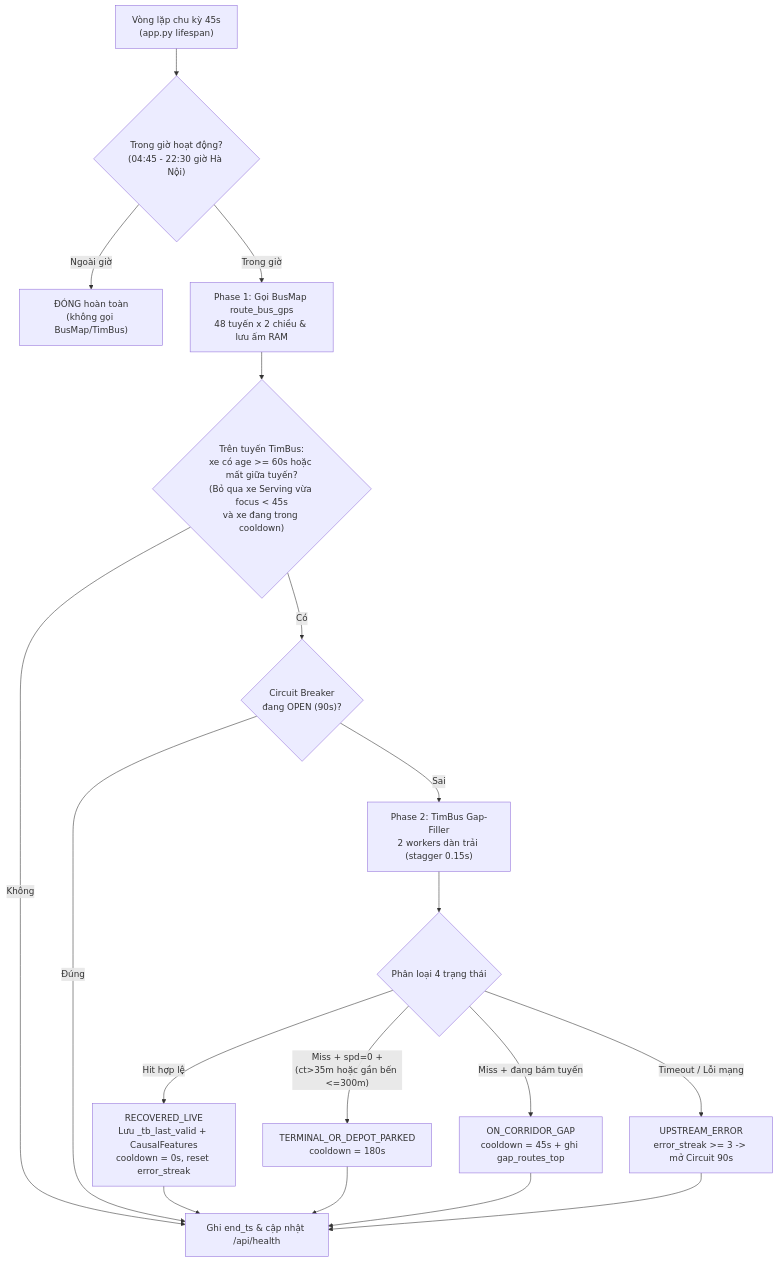
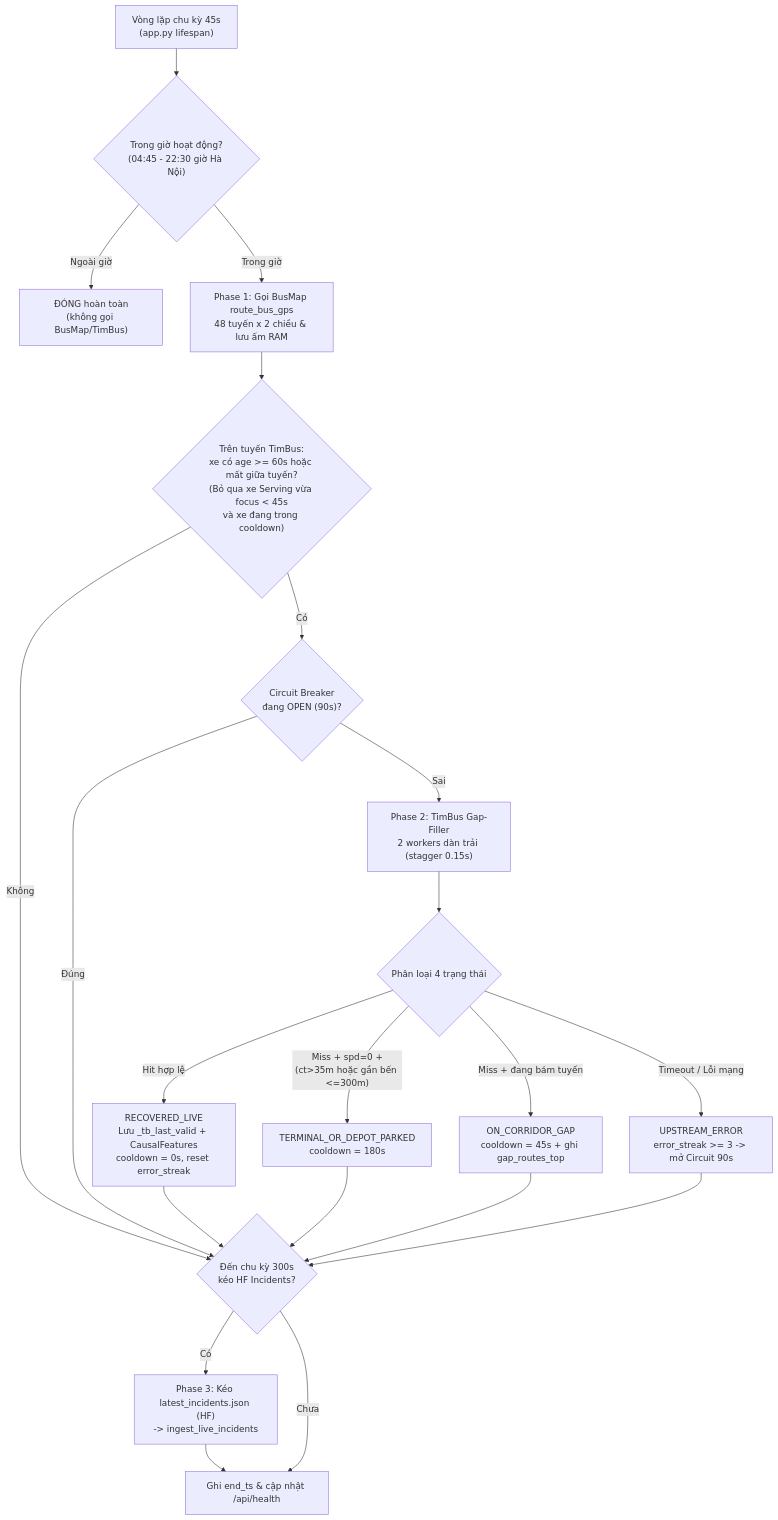
One commit to toibinguz/Bus_tracking changed the second of 2 diagrams in docs/SPEED_LAYER_PIPELINE.md. Above: the diagram before and after it, drawn with Mermaid. The commit also changed other lines of this file and 12 other files, not shown here.

````diff
--- a/docs/SPEED_LAYER_PIPELINE.md
+++ b/docs/SPEED_LAYER_PIPELINE.md
@@ -35,19 +39,21 @@
 ```mermaid
 flowchart TD
     CLK["Vòng lặp chu kỳ 45s\n(app.py lifespan)"] --> HRS{"Trong giờ hoạt động?\n(04:45 - 22:30 giờ Hà Nội)"}
     HRS -->|"Ngoài giờ"| SLEEP["ĐÓNG hoàn toàn\n(không gọi BusMap/TimBus)"]
     HRS -->|"Trong giờ"| PH1["Phase 1: Gọi BusMap route_bus_gps\n48 tuyến x 2 chiều & lưu ấm RAM"]
 
     PH1 --> TRIG{"Trên tuyến TimBus:\nxe có age >= 60s hoặc mất giữa tuyến?\n(Bỏ qua xe Serving vừa focus < 45s\nvà xe đang trong cooldown)"}
-    TRIG -->|"Không"| DONE["Ghi end_ts & cập nhật /api/health"]
+    TRIG -->|"Không"| INC_CHK{"Đến chu kỳ 300s\nkéo HF Incidents?"}
     TRIG -->|"Có"| CB{"Circuit Breaker\nđang OPEN (90s)?"}
-    CB -->|"Đúng"| DONE
+    CB -->|"Đúng"| INC_CHK
     CB -->|"Sai"| PH2["Phase 2: TimBus Gap-Filler\n2 workers dàn trải (stagger 0.15s)"]
 
     PH2 --> CLS{"Phân loại 4 trạng thái"}
     CLS -->|"Hit hợp lệ"| REC["RECOVERED_LIVE\nLưu _tb_last_valid + CausalFeatures\ncooldown = 0s, reset error_streak"]
     CLS -->|"Miss + spd=0 +\n(ct>35m hoặc gần bến <=300m)"| PARK["TERMINAL_OR_DEPOT_PARKED\ncooldown = 180s"]
     CLS -->|"Miss + đang bám tuyến"| ONCOR["ON_CORRIDOR_GAP\ncooldown = 45s + ghi gap_routes_top"]
     CLS -->|"Timeout / Lỗi mạng"| ERR["UPSTREAM_ERROR\nerror_streak >= 3 -> mở Circuit 90s"]
-    REC & PARK & ONCOR & ERR --> DONE
+    REC & PARK & ONCOR & ERR --> INC_CHK
+    INC_CHK -->|"Có"| INC_SYNC["Phase 3: Kéo latest_incidents.json (HF)\n-> ingest_live_incidents"] --> DONE["Ghi end_ts & cập nhật /api/health"]
+    INC_CHK -->|"Chưa"| DONE
 ```
````
